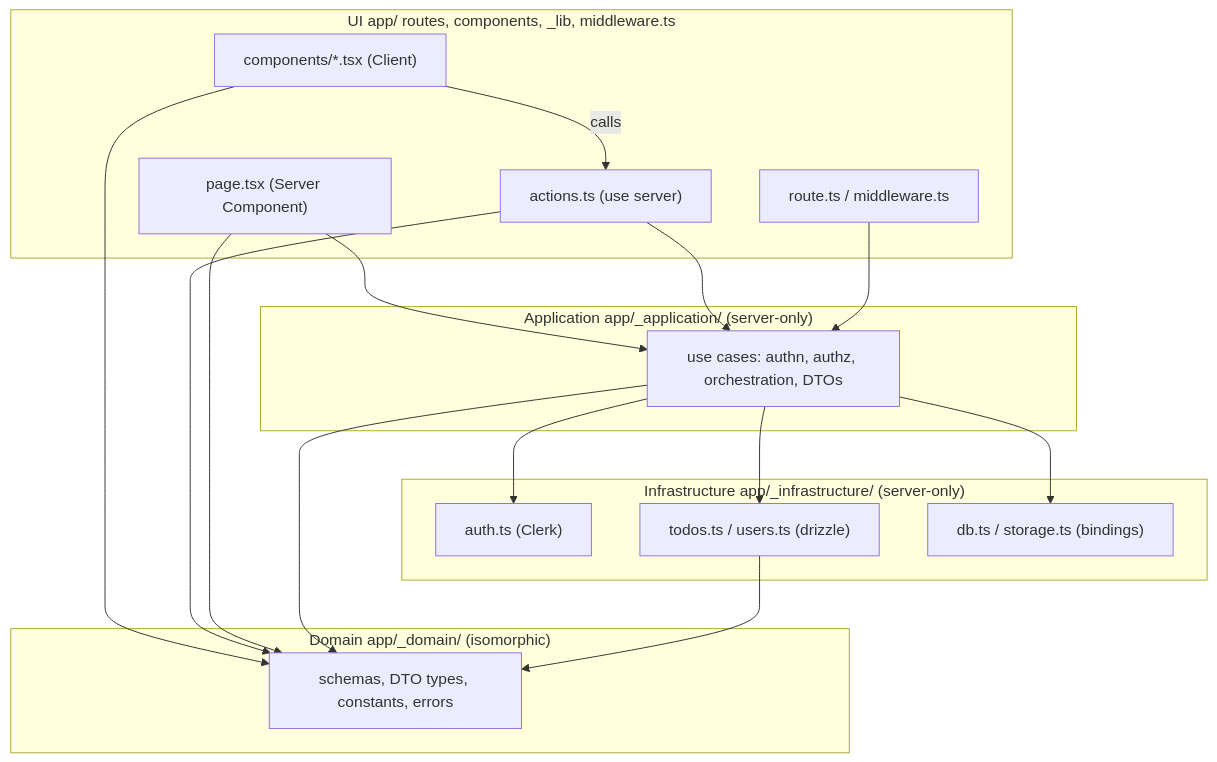
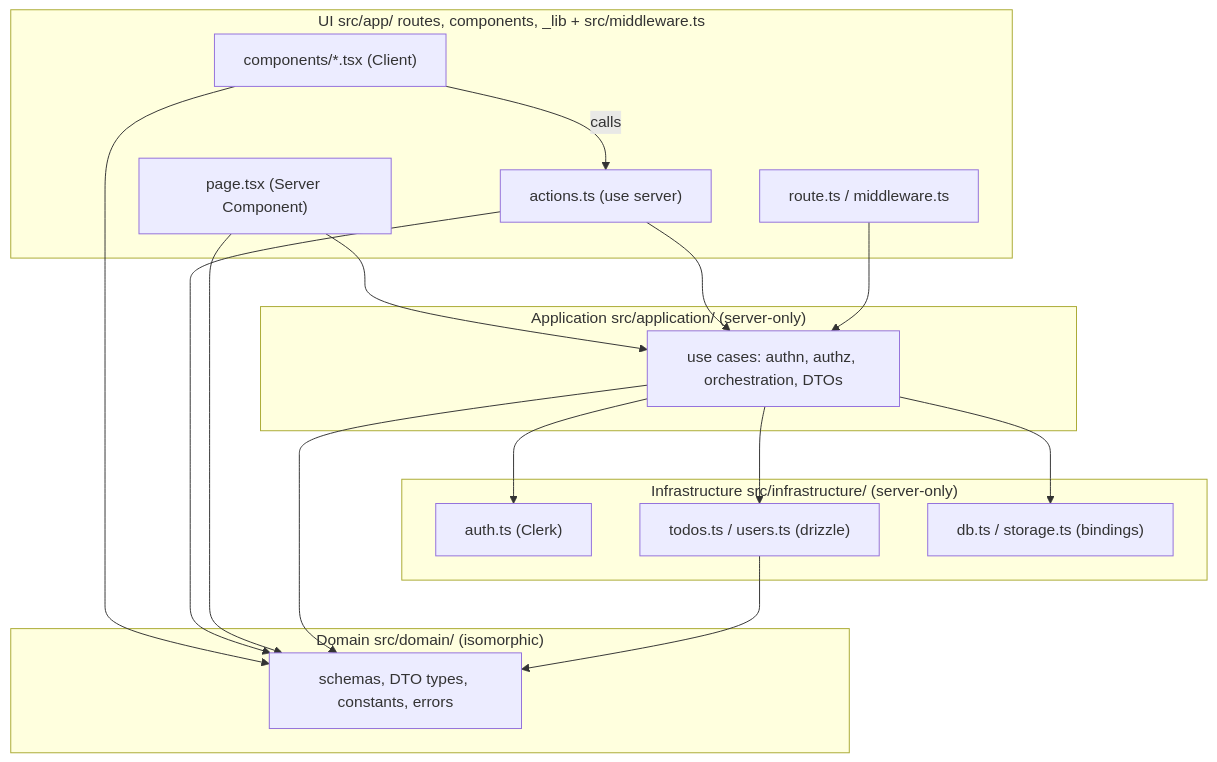
The first of 2 diagrams in ARCHITECTURE.md (lilpacy/cloudflare-next-boilerplate), drawn with Mermaid before and after one commit. The commit also changed other lines of this file and 85 other files, not shown here.

````diff
--- a/ARCHITECTURE.md
+++ b/ARCHITECTURE.md
@@ -29,32 +32,32 @@
 ```mermaid
 flowchart TB
-  subgraph UI["UI  app/ routes, components, _lib, middleware.ts"]
+  subgraph UI["UI  src/app/ routes, components, _lib + src/middleware.ts"]
     P["page.tsx (Server Component)"]
     C["components/*.tsx (Client)"]
     A["actions.ts (use server)"]
     R["route.ts / middleware.ts"]
   end
-  subgraph APP["Application  app/_application/ (server-only)"]
+  subgraph APP["Application  src/application/ (server-only)"]
     S["use cases: authn, authz, orchestration, DTOs"]
   end
-  subgraph INF["Infrastructure  app/_infrastructure/ (server-only)"]
+  subgraph INF["Infrastructure  src/infrastructure/ (server-only)"]
     I1["auth.ts (Clerk)"]
     I2["todos.ts / users.ts (drizzle)"]
     I3["db.ts / storage.ts (bindings)"]
   end
-  subgraph DOM["Domain  app/_domain/ (isomorphic)"]
+  subgraph DOM["Domain  src/domain/ (isomorphic)"]
     D["schemas, DTO types, constants, errors"]
   end
   C -->|"calls"| A
   P --> S
   A --> S
   R --> S
   S --> I1
   S --> I2
   S --> I3
   C --> D
   A --> D
   P --> D
   S --> D
   I2 --> D
 ```
````
